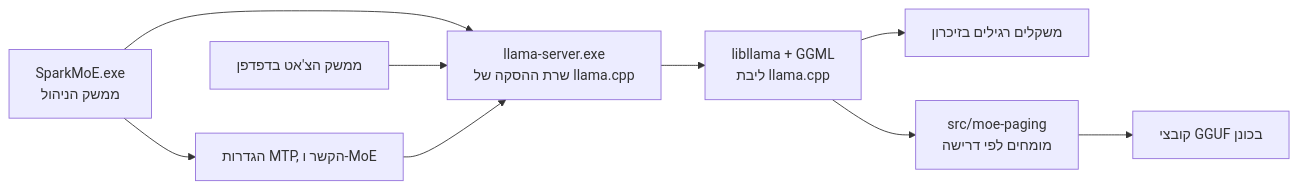
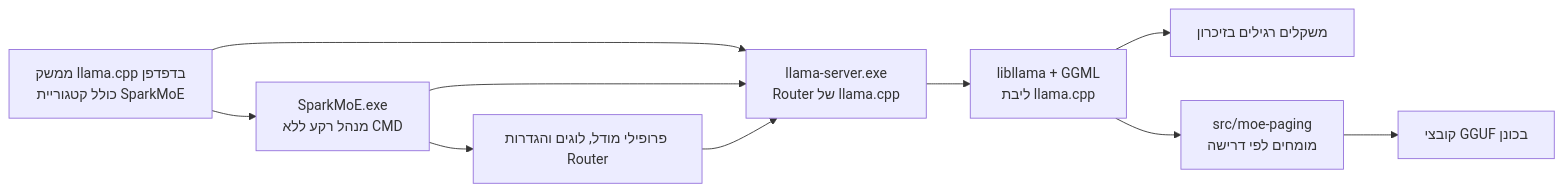
Before and after one commit to menachem-dadon/Spark-Edge: the diagram in docs/PROJECT_MAP.md, drawn with Mermaid. The commit also changed other lines of this file and 39 other files, not shown here.

Commit message:
Merging the two interfaces into a unified and formatted llama.cpp interface

````diff
--- a/docs/PROJECT_MAP.md
+++ b/docs/PROJECT_MAP.md
@@ -27,11 +27,12 @@
 ```mermaid
 flowchart LR
-    A["SparkMoE.exe<br/>ממשק הניהול"] --> B["llama-server.exe<br/>שרת ההסקה של llama.cpp"]
-    C["ממשק הצ'אט בדפדפן"] --> B
-    A --> D["הגדרות MTP, הקשר ו-MoE"]
+    A["SparkMoE.exe<br/>מנהל רקע ללא CMD"] --> B["llama-server.exe<br/>Router של llama.cpp"]
+    C["ממשק llama.cpp בדפדפן<br/>כולל קטגוריית SparkMoE"] --> B
+    C --> A
+    A --> D["פרופילי מודל, לוגים והגדרות Router"]
     D --> B
     B --> E["libllama + GGML<br/>ליבת llama.cpp"]
     E --> F["משקלים רגילים בזיכרון"]
     E --> G["src/moe-paging<br/>מומחים לפי דרישה"]
     G --> H["קובצי GGUF בכונן"]
 ```
````
